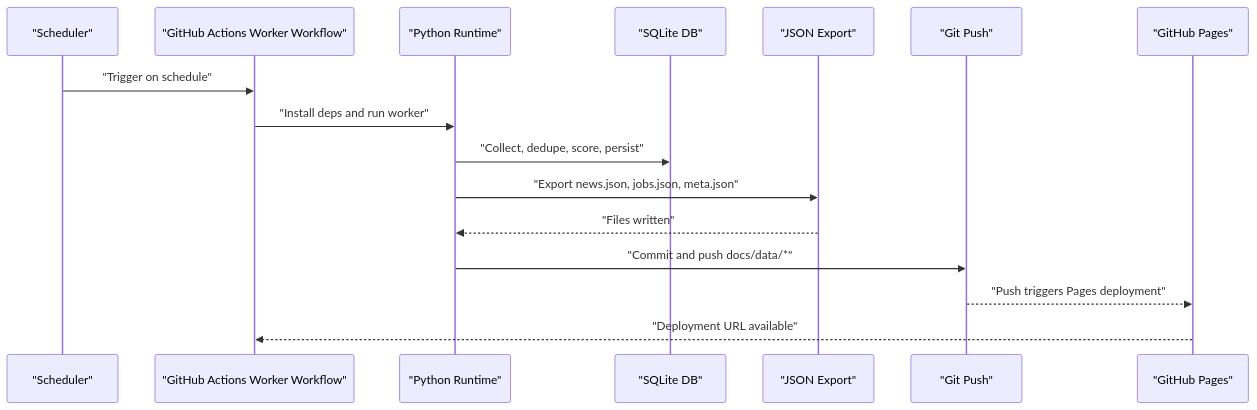
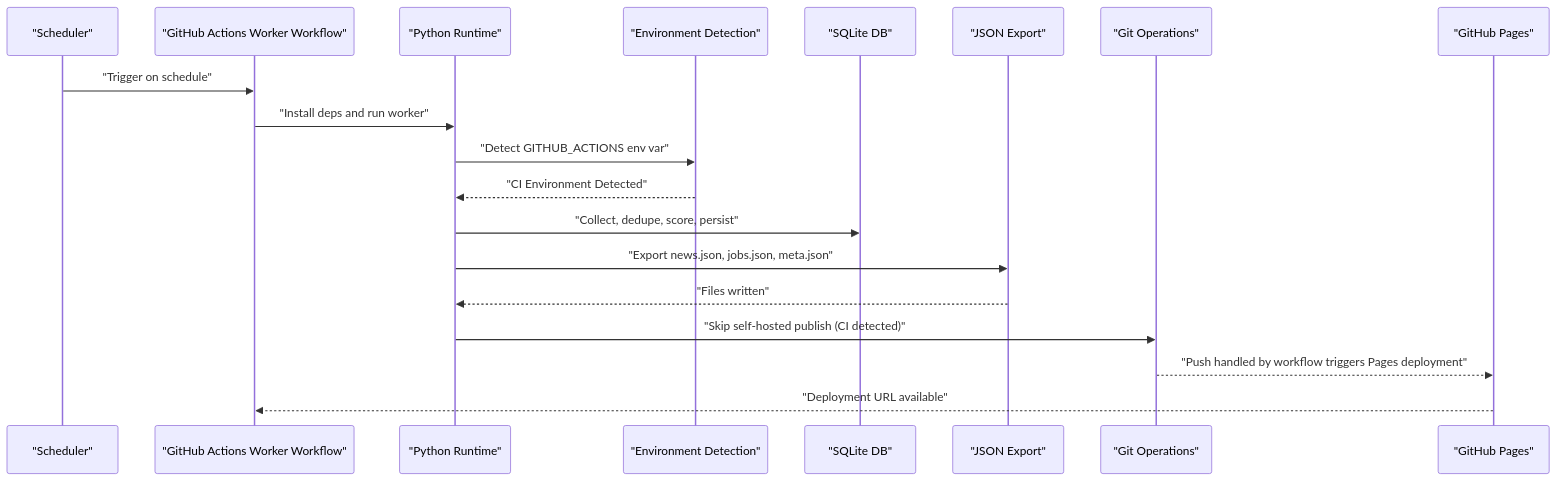
The second of 9 diagrams in .qoder/repowiki/en/content/Automation and Deployment/CI_CD Pipelines.md (shakthi-vinayak/news), drawn with Mermaid before and after one commit. The commit also changed other lines of this file and 55 other files, not shown here.

````diff
--- a/.qoder/repowiki/en/content/Automation and Deployment/CI_CD Pipelines.md
+++ b/.qoder/repowiki/en/content/Automation and Deployment/CI_CD Pipelines.md
@@ -128,18 +144,21 @@
 ```mermaid
 sequenceDiagram
 participant Cron as "Scheduler"
 participant GA as "GitHub Actions Worker Workflow"
 participant Py as "Python Runtime"
+participant EnvCheck as "Environment Detection"
 participant DB as "SQLite DB"
 participant EXP as "JSON Export"
-participant GIT as "Git Push"
+participant GIT as "Git Operations"
 participant PAGES as "GitHub Pages"
 Cron->>GA : "Trigger on schedule"
 GA->>Py : "Install deps and run worker"
+Py->>EnvCheck : "Detect GITHUB_ACTIONS env var"
+EnvCheck-->>Py : "CI Environment Detected"
 Py->>DB : "Collect, dedupe, score, persist"
 Py->>EXP : "Export news.json, jobs.json, meta.json"
 EXP-->>Py : "Files written"
-Py->>GIT : "Commit and push docs/data/*"
-GIT-->>PAGES : "Push triggers Pages deployment"
+Py->>GIT : "Skip self-hosted publish (CI detected)"
+GIT-->>PAGES : "Push handled by workflow triggers Pages deployment"
 PAGES-->>GA : "Deployment URL available"
 ```
````
